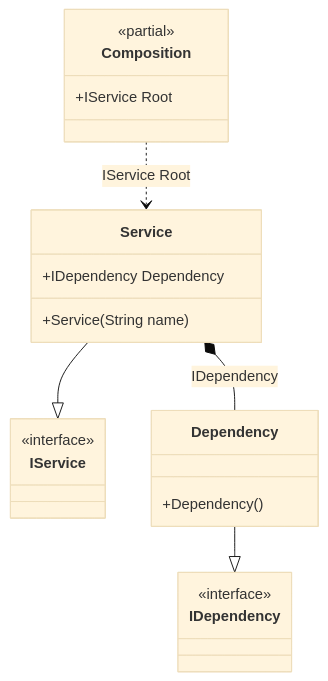
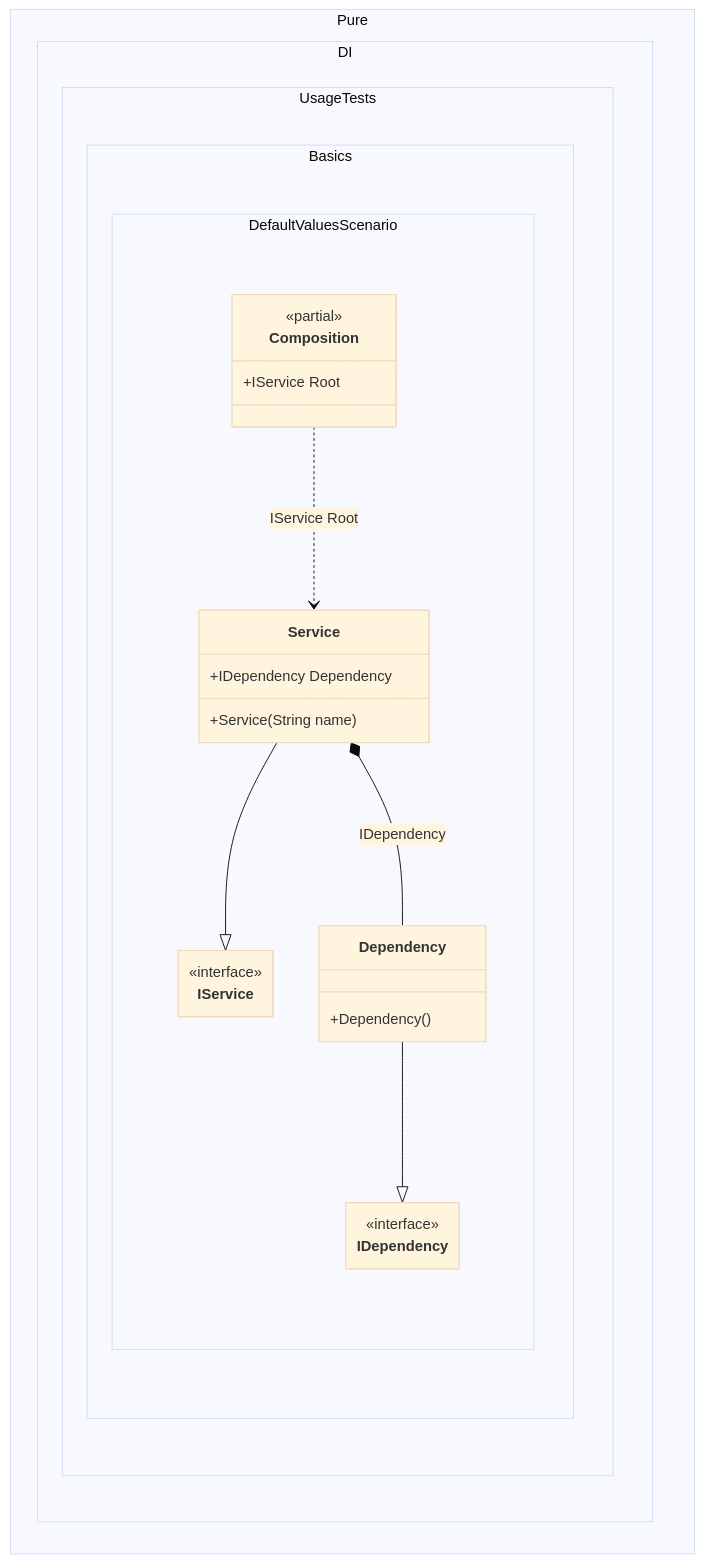
One commit to DevTeam/Pure.DI changed the diagram in readme/default-values.md. Above: the diagram before and after it, drawn with Mermaid (base theme). The commit also changed 103 other files, not shown here.

Commit message:
Improved class diagrams

````diff
--- a/readme/default-values.md
+++ b/readme/default-values.md
@@ -71,24 +71,31 @@
 ```mermaid
+---
+ config:
+  class:
+   hideEmptyMembersBox: true
+---
 classDiagram
-	class Composition {
+	Service --|> IService
+	Dependency --|> IDependency
+	Composition ..> Service : IService Root
+	Service *--  Dependency : IDependency
+	namespace Pure.DI.UsageTests.Basics.DefaultValuesScenario {
+		class Composition {
 		<<partial>>
 		+IService Root
+		}
+		class Dependency {
+			+Dependency()
+		}
+		class IDependency {
+			<<interface>>
+		}
+		class IService {
+			<<interface>>
+		}
+		class Service {
+			+Service(String name)
+			+IDependency Dependency
+		}
 	}
-	Service --|> IService
-	class Service {
-		+Service(String name)
-		+IDependency Dependency
-	}
-	Dependency --|> IDependency
-	class Dependency {
-		+Dependency()
-	}
-	class IService {
-		<<interface>>
-	}
-	class IDependency {
-		<<interface>>
-	}
-	Composition ..> Service : IService Root
-	Service *--  Dependency : IDependency
 ```
````
